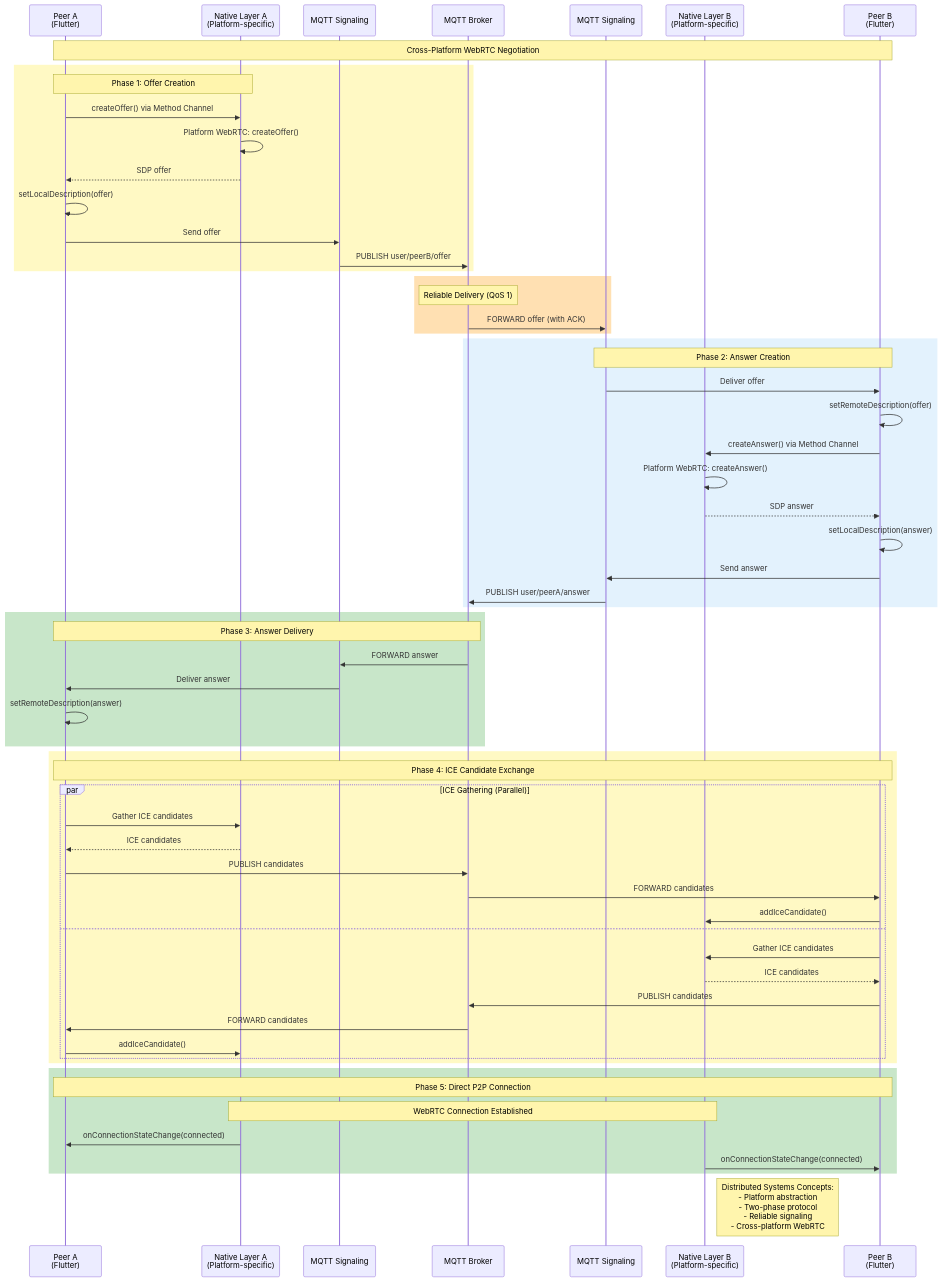
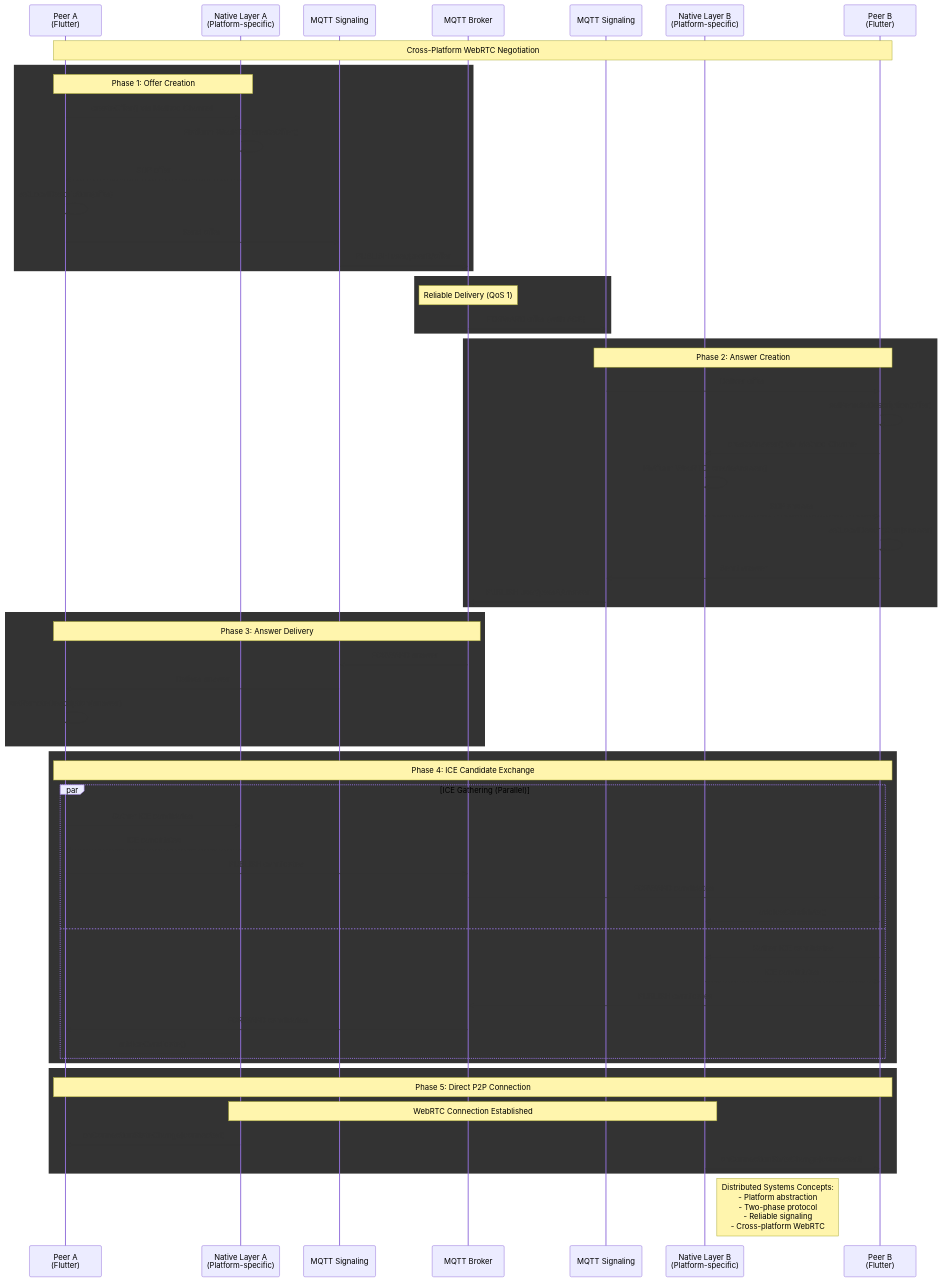
Before and after one commit to amr-kasem/distributed-systems-flutter-chat-peer: the third of 8 diagrams in docs/sequence-diagrams.md, drawn with Mermaid. The commit also changed other lines of this file and 7 other files, not shown here.

Commit message:
solved issues with diagrams

````diff
--- a/docs/sequence-diagrams.md
+++ b/docs/sequence-diagrams.md
@@ -131,73 +131,73 @@
 ```mermaid
 sequenceDiagram
     participant PeerA as Peer A<br/>(Flutter)
     participant NativeA as Native Layer A<br/>(Platform-specific)
     participant SignalA as MQTT Signaling
     participant Broker as MQTT Broker
     participant SignalB as MQTT Signaling
     participant NativeB as Native Layer B<br/>(Platform-specific)
     participant PeerB as Peer B<br/>(Flutter)
     
     Note over PeerA,PeerB: Cross-Platform WebRTC Negotiation
     
-    rect rgb(255, 249, 196)
+    rect rgb("255, 249, 196")
         Note over PeerA,NativeA: Phase 1: Offer Creation
         PeerA->>NativeA: createOffer() via Method Channel
         NativeA->>NativeA: Platform WebRTC: createOffer()
         NativeA-->>PeerA: SDP offer
         PeerA->>PeerA: setLocalDescription(offer)
         PeerA->>SignalA: Send offer
         SignalA->>Broker: PUBLISH user/peerB/offer
     end
     
-    rect rgb(255, 224, 178)
+    rect rgb("255, 224, 178")
         Note over Broker: Reliable Delivery (QoS 1)
         Broker->>SignalB: FORWARD offer (with ACK)
     end
     
-    rect rgb(227, 242, 253)
+    rect rgb("227, 242, 253")
         Note over SignalB,PeerB: Phase 2: Answer Creation
         SignalB->>PeerB: Deliver offer
         PeerB->>PeerB: setRemoteDescription(offer)
         PeerB->>NativeB: createAnswer() via Method Channel
         NativeB->>NativeB: Platform WebRTC: createAnswer()
         NativeB-->>PeerB: SDP answer
         PeerB->>PeerB: setLocalDescription(answer)
         PeerB->>SignalB: Send answer
         SignalB->>Broker: PUBLISH user/peerA/answer
     end
     
-    rect rgb(200, 230, 201)
+    rect rgb("200, 230, 201")
         Note over Broker,PeerA: Phase 3: Answer Delivery
         Broker->>SignalA: FORWARD answer
         SignalA->>PeerA: Deliver answer
         PeerA->>PeerA: setRemoteDescription(answer)
     end
     
-    rect rgb(255, 249, 196)
+    rect rgb("255, 249, 196")
         Note over PeerA,PeerB: Phase 4: ICE Candidate Exchange
         
         par ICE Gathering (Parallel)
             PeerA->>NativeA: Gather ICE candidates
             NativeA-->>PeerA: ICE candidates
             PeerA->>Broker: PUBLISH candidates
             Broker->>PeerB: FORWARD candidates
             PeerB->>NativeB: addIceCandidate()
         and
             PeerB->>NativeB: Gather ICE candidates
             NativeB-->>PeerB: ICE candidates
             PeerB->>Broker: PUBLISH candidates
             Broker->>PeerA: FORWARD candidates
             PeerA->>NativeA: addIceCandidate()
         end
     end
     
-    rect rgb(200, 230, 201)
+    rect rgb("200, 230, 201")
         Note over PeerA,PeerB: Phase 5: Direct P2P Connection
         Note over NativeA,NativeB: WebRTC Connection Established
         NativeA->>PeerA: onConnectionStateChange(connected)
         NativeB->>PeerB: onConnectionStateChange(connected)
     end
     
     Note right of NativeB: Distributed Systems Concepts:<br/>- Platform abstraction<br/>- Two-phase protocol<br/>- Reliable signaling<br/>- Cross-platform WebRTC
 ```
````
